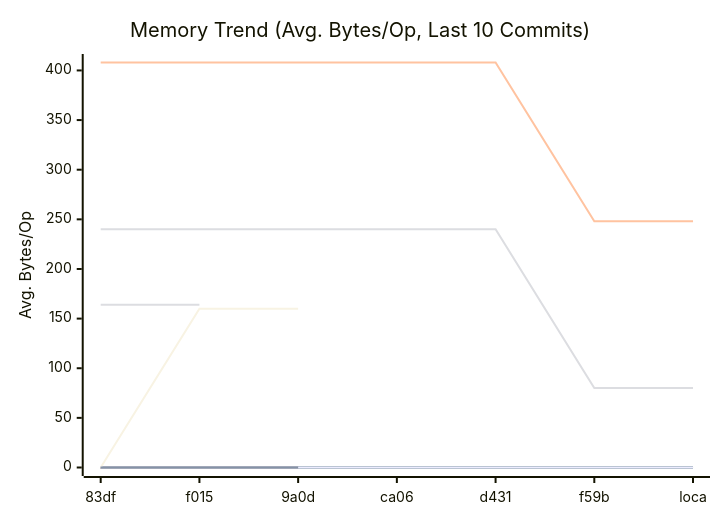
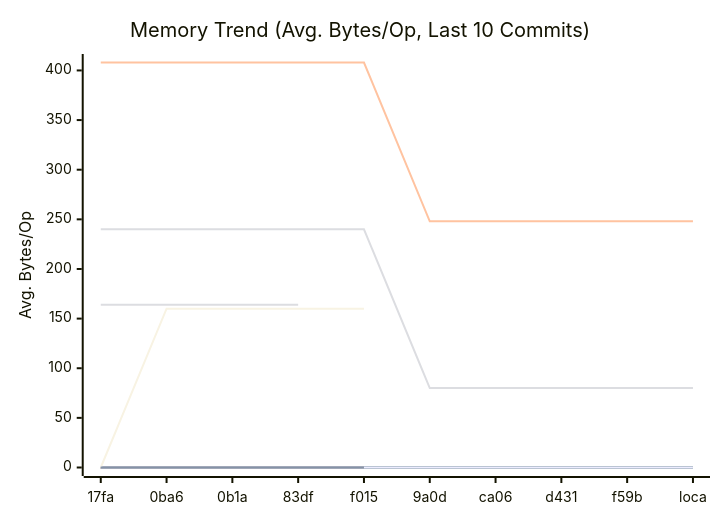
The second of 3 diagrams in docs/PERFORMANCE.md (alsotoes/momo), drawn with Mermaid before and after one commit. The commit also changed other lines of this file and 2 other files, not shown here.

````diff
--- a/docs/PERFORMANCE.md
+++ b/docs/PERFORMANCE.md
@@ -100,21 +100,21 @@
 ```mermaid
 xychart-beta
     title "Memory Trend (Avg. Bytes/Op, Last 10 Commits)"
     x-axis "Commit"
     y-axis "Avg. Bytes/Op"
-    x-axis [83df,f015,9a0d,ca06,d431,f59b,loca]
+    x-axis [17fa,0ba6,0b1a,83df,f015,9a0d,ca06,d431,f59b,loca]
     line "CheckMetricsAndSwap" [0,0,0,0,0,0,0,0,0,0]
-    line "CheckMetricsAndSwap" [0,0,0]
-    line "CrushOptimized" [0,0]
-    line "CrushOriginal" [164,164]
+    line "CheckMetricsAndSwap" [0,0,0,0,0]
+    line "CrushOptimized" [0,0,0,0]
+    line "CrushOriginal" [164,164,164,164]
     line "IndexDirectTracking" [0,0,0,0,0,0,0,0,0,0]
-    line "IndexDirectTracking" [0,0,0]
+    line "IndexDirectTracking" [0,0,0,0,0]
     line "IndexSearch" [0,0,0,0,0,0,0,0,0,0]
-    line "IndexSearch" [0,0,0]
+    line "IndexSearch" [0,0,0,0,0]
     line "LoadGlobalConfig" [0,0,0,0,0,0,0,0,0,0]
-    line "LoadGlobalConfig" [0,160,160]
+    line "LoadGlobalConfig" [0,160,160,160,160]
     line "PadString" [0,0,0,0,0,0,0,0,0,0]
-    line "PadString" [0,0,0]
+    line "PadString" [0,0,0,0,0]
     line "ParseReplicationOrder_NoPrealloc" [408,408,408,408,408,248,248,248,248,248]
     line "ParseReplicationOrder_Prealloc" [240,240,240,240,240,80,80,80,80,80]
 ```
````
